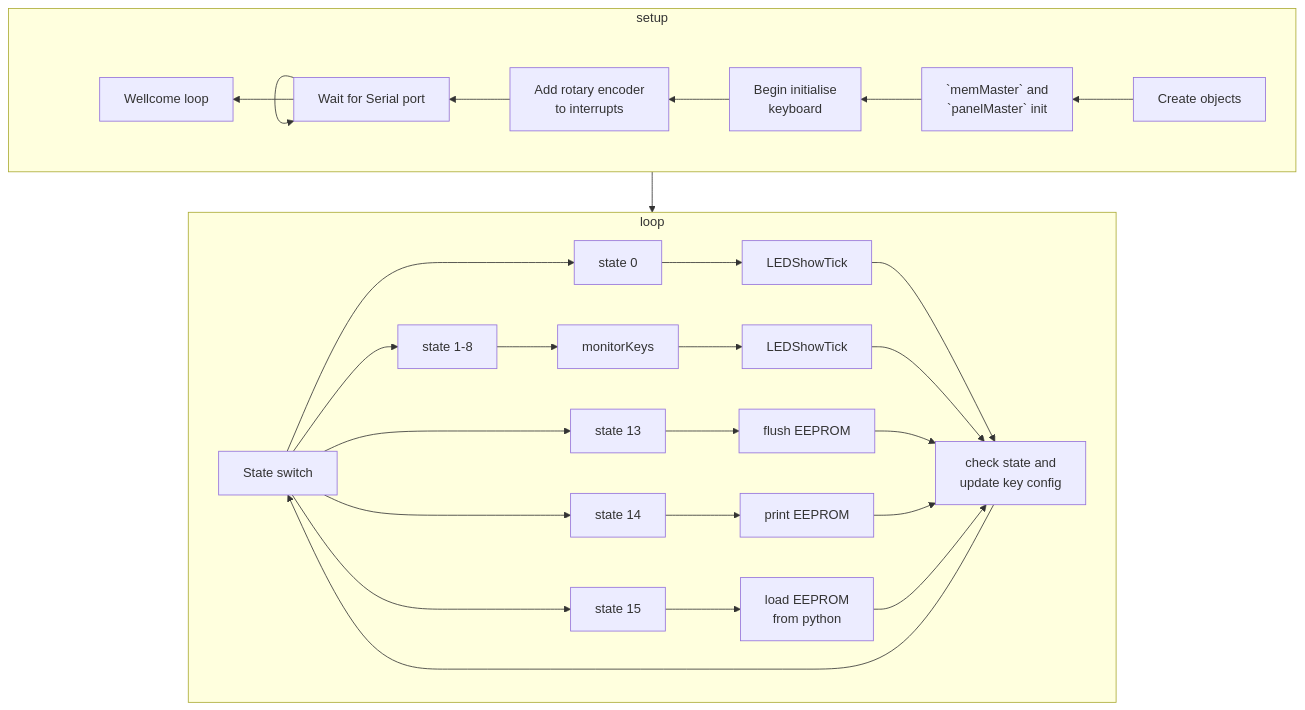
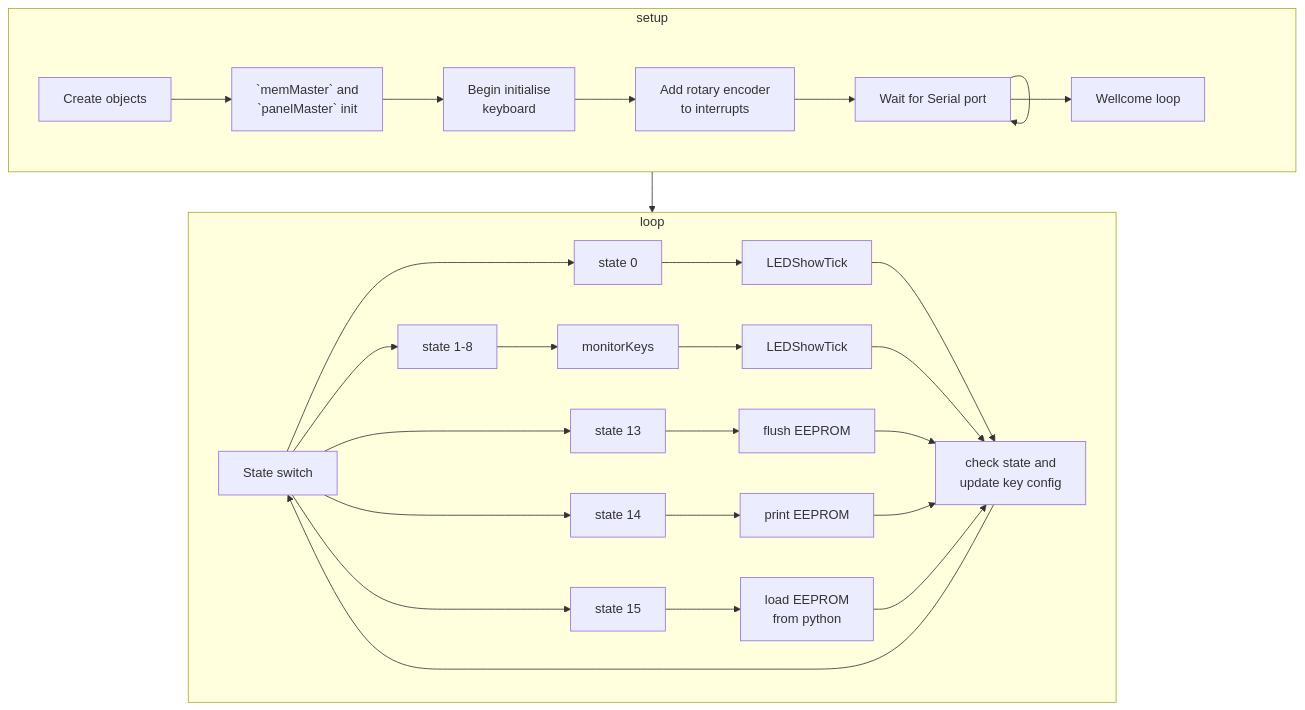
The diagram in README.md (siraisisatoru/10key_macro), drawn with Mermaid before and after one commit. The commit also changed other lines of this file, not shown here.

````diff
--- a/README.md
+++ b/README.md
@@ -44,47 +44,47 @@
 ```mermaid
 flowchart TD
 
 
     subgraph setup
-        direction RL
+        direction LR
 
         A[Create objects]-->B[`memMaster` and <br> `panelMaster` init]
         B --> C[Begin initialise <br> keyboard ]
         C --> D[Add rotary encoder <br> to interrupts]
         D --> E[Wait for Serial port]
         E --> E
         E --> F[Wellcome loop]
     end
 
     subgraph loop
         direction LR
 
         G[State switch]
 
         G --> H[state 0]
         G --> I[state 1-8]
         G --> J[state 13]
         G --> K[state 14]
         G --> L[state 15]
 
         H-->M[LEDShowTick]
         M-->S
 
         I-->N[monitorKeys]
         N-->O[LEDShowTick]
         O-->S
 
         J-->P[flush EEPROM]
         P-->S
 
         K-->Q[print EEPROM]
         Q-->S
 
         L-->R[load EEPROM <br> from python]
         R-->S
 
         S[check state and <br> update key config]-->G
 
     end
     setup --> loop
 ```
````
